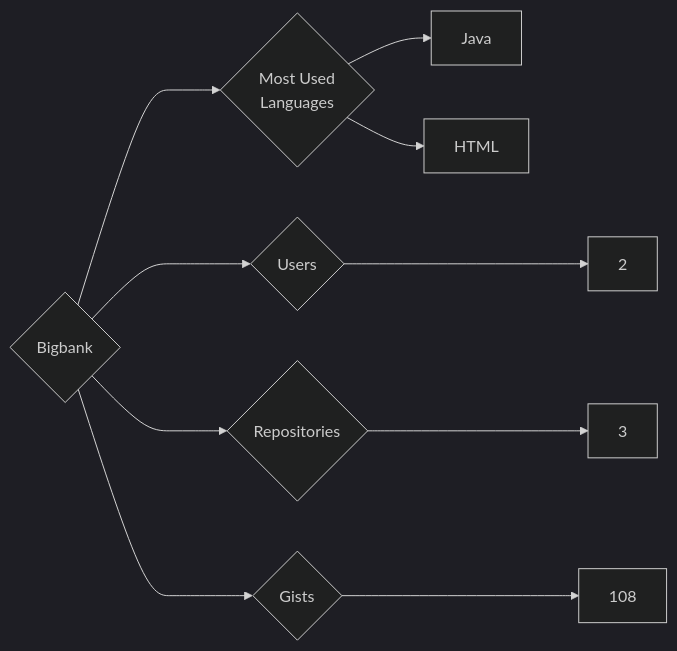
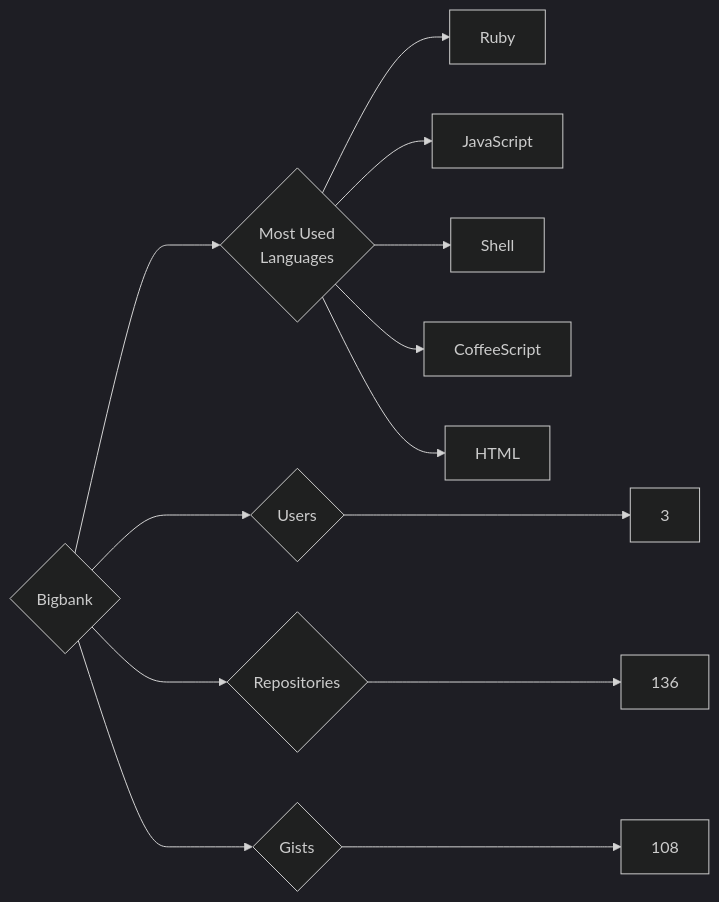
Before and after one commit to trickest/insiders: the diagram in targets/Bigbank/README.md, drawn with Mermaid (dark theme). The commit also changed 736 other files, not shown here.

````diff
--- a/targets/Bigbank/README.md
+++ b/targets/Bigbank/README.md
@@ -3,10 +3,13 @@
 ```mermaid
 graph LR
 COMPANY_NAME{Bigbank}
-COMPANY_NAME ---> U{Users} ---> UN[2]
-COMPANY_NAME ---> R{Repositories} ---> RN[3]
+COMPANY_NAME ---> U{Users} ---> UN[3]
+COMPANY_NAME ---> R{Repositories} ---> RN[136]
 COMPANY_NAME ---> G{Gists} ---> GN[108]
 COMPANY_NAME ---> ML{Most Used<br>Languages}
-ML --> Java[Java]
+ML --> Ruby[Ruby]
+ML --> JavaScript[JavaScript]
+ML --> Shell[Shell]
+ML --> CoffeeScript[CoffeeScript]
 ML --> HTML[HTML]
 ```
````
